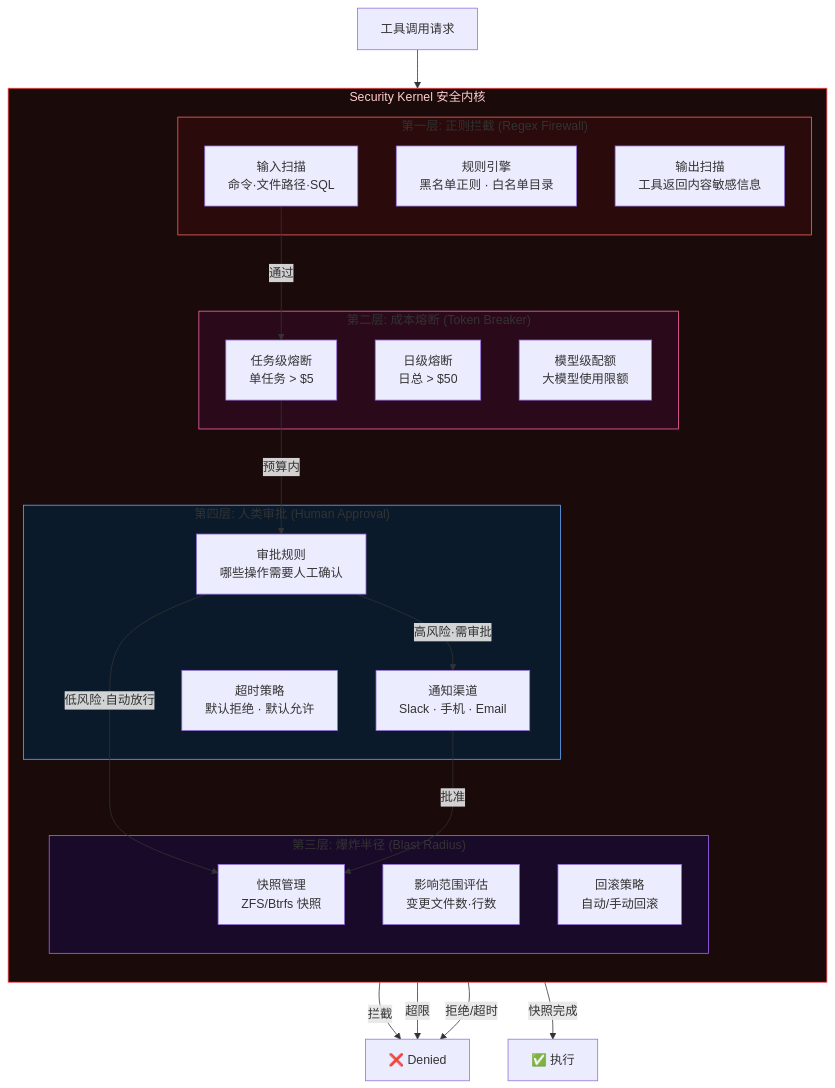
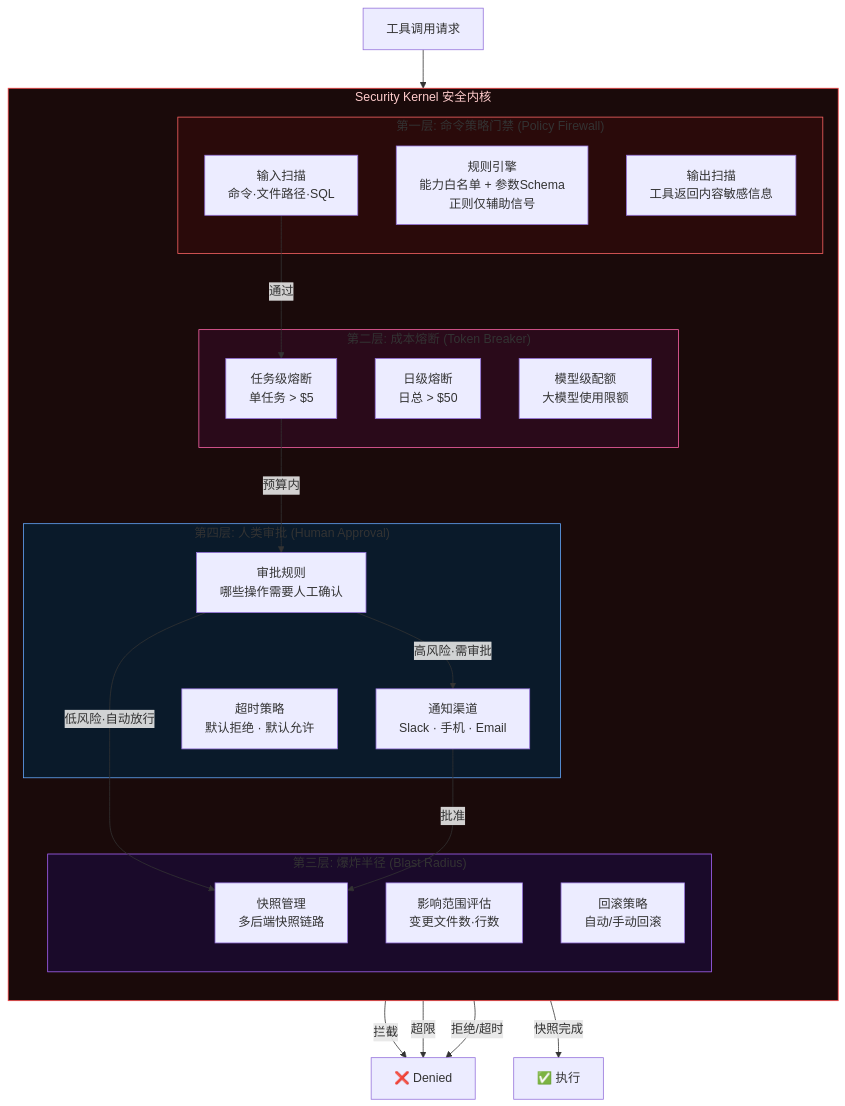
One commit to Yidhar/Embla_System changed the seventh of 12 diagrams in doc/10-brainstem-layer-modules.md. Above: the diagram before and after it, drawn with Mermaid. The commit also changed other lines of this file and 13 other files, not shown here.

Commit message:
docs: refresh architecture specs and security blindspot baseline

````diff
--- a/doc/10-brainstem-layer-modules.md
+++ b/doc/10-brainstem-layer-modules.md
@@ -400,46 +400,46 @@
 ```mermaid
 flowchart TB
     subgraph SecurityKernel["Security Kernel 安全内核"]
         direction TB
-        subgraph Layer1["第一层: 正则拦截 (Regex Firewall)"]
+        subgraph Layer1["第一层: 命令策略门禁 (Policy Firewall)"]
             RF_INPUT["输入扫描<br/>命令·文件路径·SQL"]
-            RF_RULES["规则引擎<br/>黑名单正则 · 白名单目录"]
+            RF_RULES["规则引擎<br/>能力白名单 + 参数Schema<br/>正则仅辅助信号"]
             RF_OUTPUT["输出扫描<br/>工具返回内容敏感信息"]
         end
 
         subgraph Layer2["第二层: 成本熔断 (Token Breaker)"]
             TB_TASK["任务级熔断<br/>单任务 > $5"]
             TB_DAILY["日级熔断<br/>日总 > $50"]
             TB_MODEL["模型级配额<br/>大模型使用限额"]
         end
 
         subgraph Layer3["第三层: 爆炸半径 (Blast Radius)"]
-            BR_SNAP["快照管理<br/>ZFS/Btrfs 快照"]
+            BR_SNAP["快照管理<br/>多后端快照链路"]
             BR_SCOPE["影响范围评估<br/>变更文件数·行数"]
             BR_ROLLBACK["回滚策略<br/>自动/手动回滚"]
         end
 
         subgraph Layer4["第四层: 人类审批 (Human Approval)"]
             HA_RULES["审批规则<br/>哪些操作需要人工确认"]
             HA_NOTIFY["通知渠道<br/>Slack · 手机 · Email"]
             HA_TIMEOUT["超时策略<br/>默认拒绝 · 默认允许"]
         end
     end
 
     TOOL_CALL["工具调用请求"] --> RF_INPUT
     RF_INPUT -->|"通过"| TB_TASK
     RF_INPUT -->|"拦截"| DENIED["❌ Denied"]
     TB_TASK -->|"预算内"| HA_RULES
     TB_TASK -->|"超限"| DENIED
     HA_RULES -->|"低风险·自动放行"| BR_SNAP
     HA_RULES -->|"高风险·需审批"| HA_NOTIFY
     HA_NOTIFY -->|"批准"| BR_SNAP
     HA_NOTIFY -->|"拒绝/超时"| DENIED
     BR_SNAP -->|"快照完成"| EXECUTE["✅ 执行"]
 
     style SecurityKernel fill:#1a0a0a,stroke:#ff4444,color:#ffcccc
     style Layer1 fill:#2a0a0a,stroke:#ff6666
     style Layer2 fill:#2a0a1a,stroke:#ff66aa
     style Layer3 fill:#1a0a2a,stroke:#aa66ff
     style Layer4 fill:#0a1a2a,stroke:#66aaff
 ```
````
